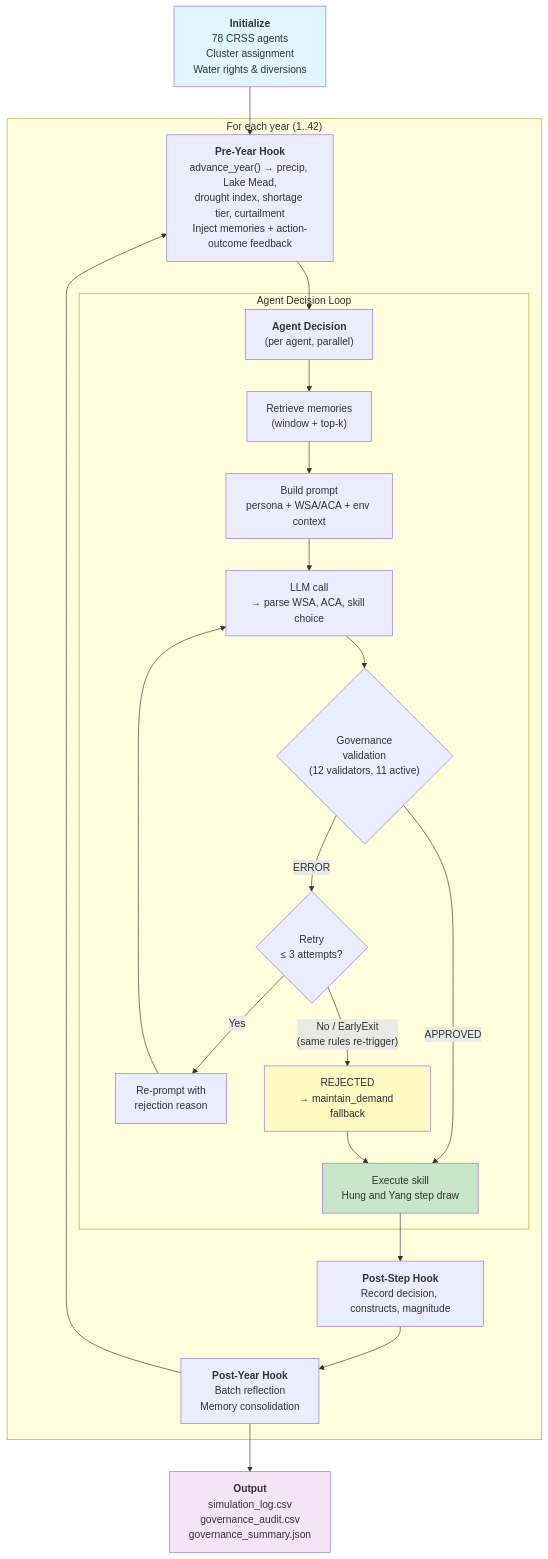
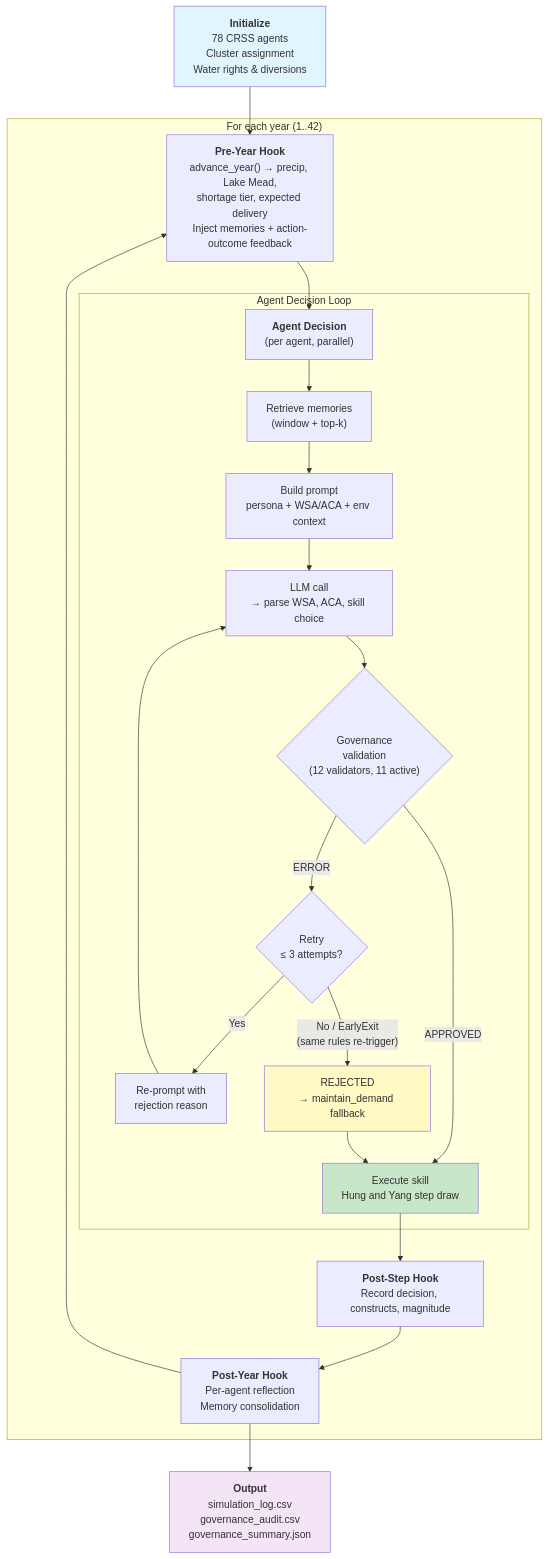
The diagram in examples/irrigation_abm/README.md (WenyuChiou/WAGF), drawn with Mermaid before and after one commit. The commit also changed other lines of this file and 35 other files, not shown here.

````diff
--- a/examples/irrigation_abm/README.md
+++ b/examples/irrigation_abm/README.md
@@ -214,34 +214,34 @@
 ```mermaid
 flowchart TD
     A["<b>Initialize</b><br/>78 CRSS agents<br/>Cluster assignment<br/>Water rights & diversions"] --> B
 
     subgraph YEAR ["For each year (1..42)"]
-        B["<b>Pre-Year Hook</b><br/>advance_year() → precip, Lake Mead,<br/>drought index, shortage tier, curtailment<br/>Inject memories + action-outcome feedback"]
+        B["<b>Pre-Year Hook</b><br/>advance_year() → precip, Lake Mead,<br/>shortage tier, expected delivery<br/>Inject memories + action-outcome feedback"]
 
         B --> C["<b>Agent Decision</b><br/>(per agent, parallel)"]
 
         subgraph AGENT ["Agent Decision Loop"]
             C --> D["Retrieve memories<br/>(window + top-k)"]
             D --> E["Build prompt<br/>persona + WSA/ACA + env context"]
             E --> F["LLM call<br/>→ parse WSA, ACA, skill choice"]
             F --> G{"Governance<br/>validation<br/>(12 validators, 11 active)"}
             G -->|APPROVED| H["Execute skill<br/>Hung and Yang step draw"]
             G -->|ERROR| I{"Retry<br/>≤ 3 attempts?"}
             I -->|Yes| J["Re-prompt with<br/>rejection reason"]
             J --> F
             I -->|"No / EarlyExit<br/>(same rules re-trigger)"| K["REJECTED<br/>→ maintain_demand fallback"]
             K --> H
         end
 
         H --> L["<b>Post-Step Hook</b><br/>Record decision, constructs, magnitude"]
-        L --> M["<b>Post-Year Hook</b><br/>Batch reflection<br/>Memory consolidation"]
+        L --> M["<b>Post-Year Hook</b><br/>Per-agent reflection<br/>Memory consolidation"]
         M --> B
     end
 
     M --> N["<b>Output</b><br/>simulation_log.csv<br/>governance_audit.csv<br/>governance_summary.json"]
 
     style A fill:#e1f5fe
     style H fill:#c8e6c9
     style K fill:#fff9c4
     style N fill:#f3e5f5
 ```
````
